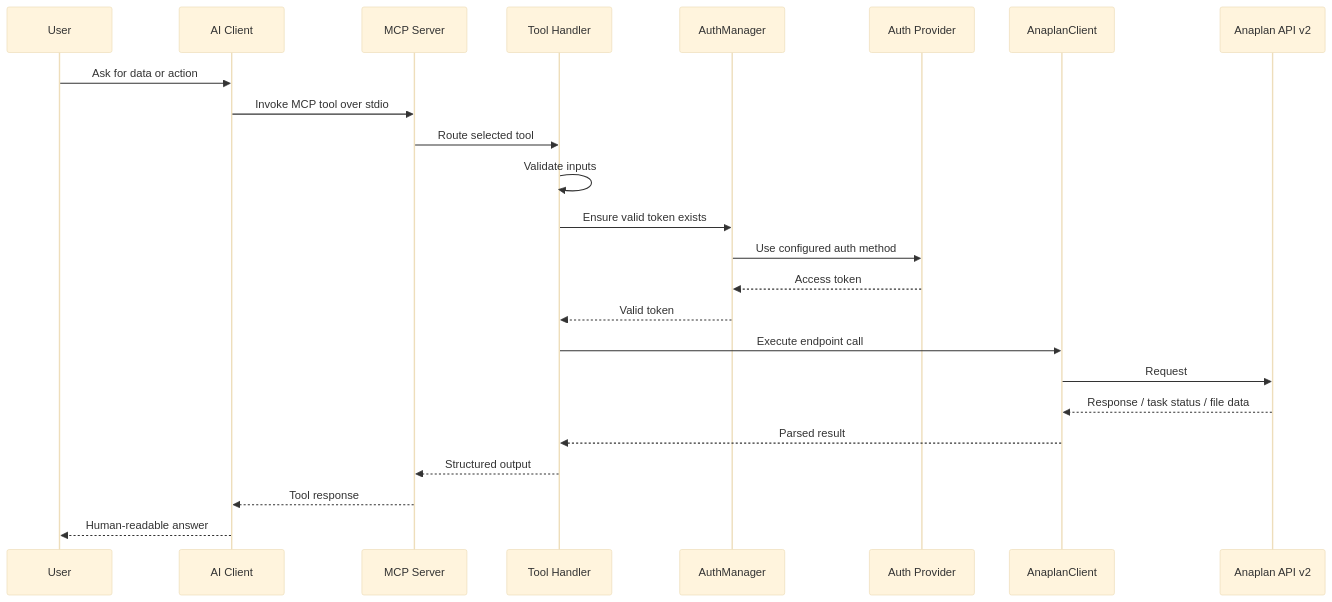
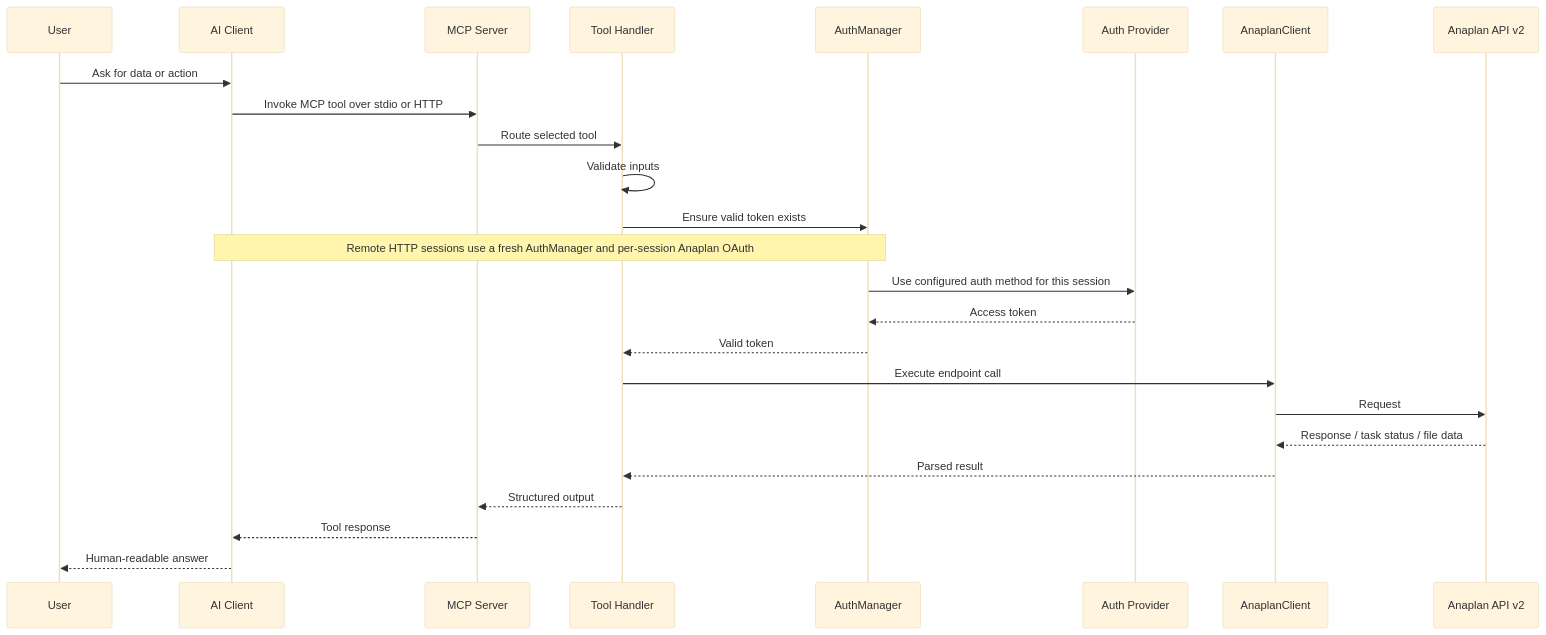
Before and after one commit to lionelsultan/anaplan-mcp: the second of 3 diagrams in docs/architecture/overview.md, drawn with Mermaid (base theme). The commit also changed other lines of this file and 13 other files, not shown here.

````diff
--- a/docs/architecture/overview.md
+++ b/docs/architecture/overview.md
@@ -77,27 +77,28 @@
 ```mermaid
 sequenceDiagram
     participant User
     participant Client as AI Client
     participant MCP as MCP Server
     participant Tool as Tool Handler
     participant Auth as AuthManager
     participant Provider as Auth Provider
     participant API as AnaplanClient
     participant Anaplan as Anaplan API v2
 
     User->>Client: Ask for data or action
-    Client->>MCP: Invoke MCP tool over stdio
+    Client->>MCP: Invoke MCP tool over stdio or HTTP
     MCP->>Tool: Route selected tool
     Tool->>Tool: Validate inputs
     Tool->>Auth: Ensure valid token exists
-    Auth->>Provider: Use configured auth method
+    Note over Client,Auth: Remote HTTP sessions use a fresh AuthManager and per-session Anaplan OAuth
+    Auth->>Provider: Use configured auth method for this session
     Provider-->>Auth: Access token
     Auth-->>Tool: Valid token
     Tool->>API: Execute endpoint call
     API->>Anaplan: Request
     Anaplan-->>API: Response / task status / file data
     API-->>Tool: Parsed result
     Tool-->>MCP: Structured output
     MCP-->>Client: Tool response
     Client-->>User: Human-readable answer
 ```
````
